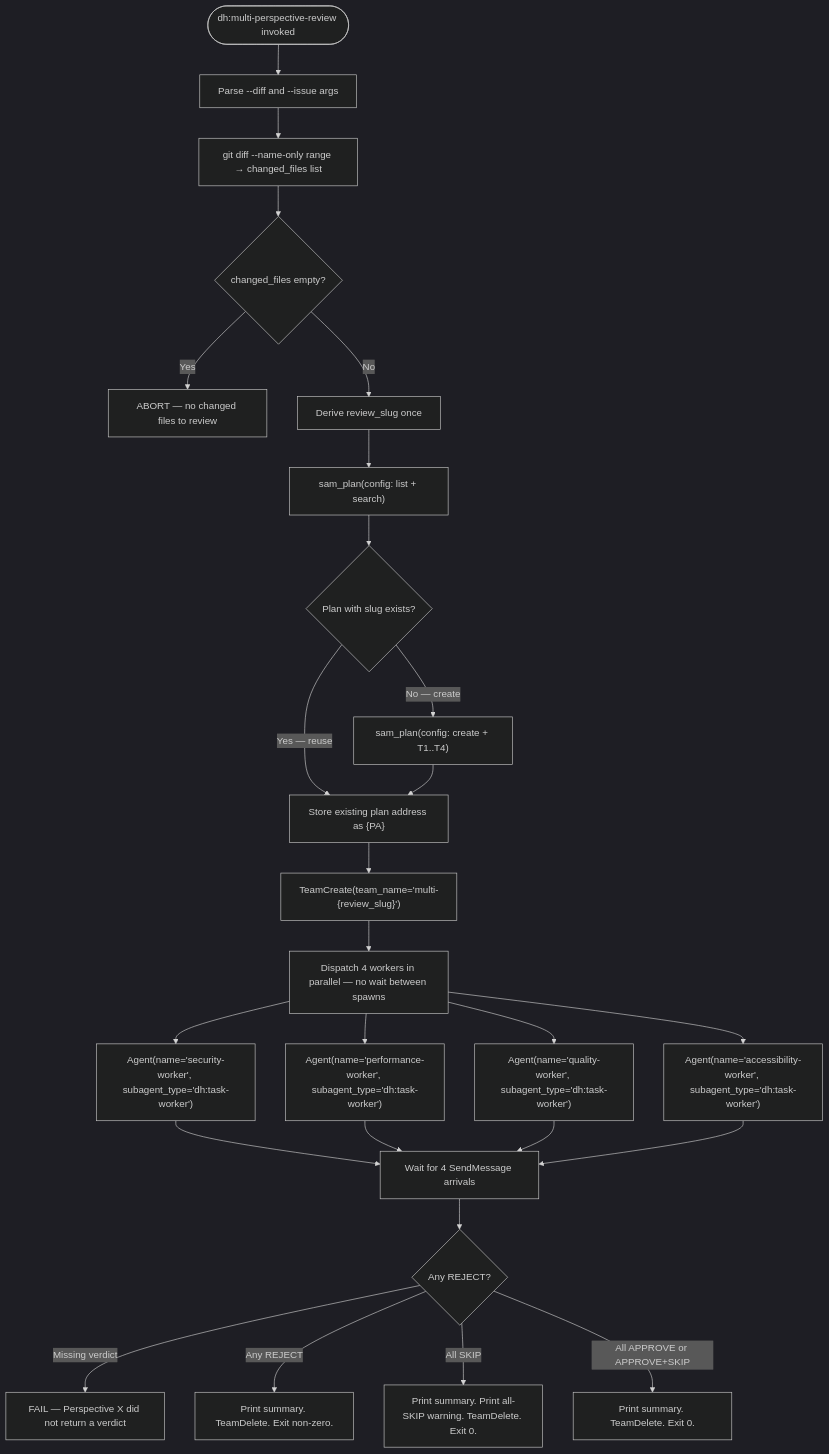
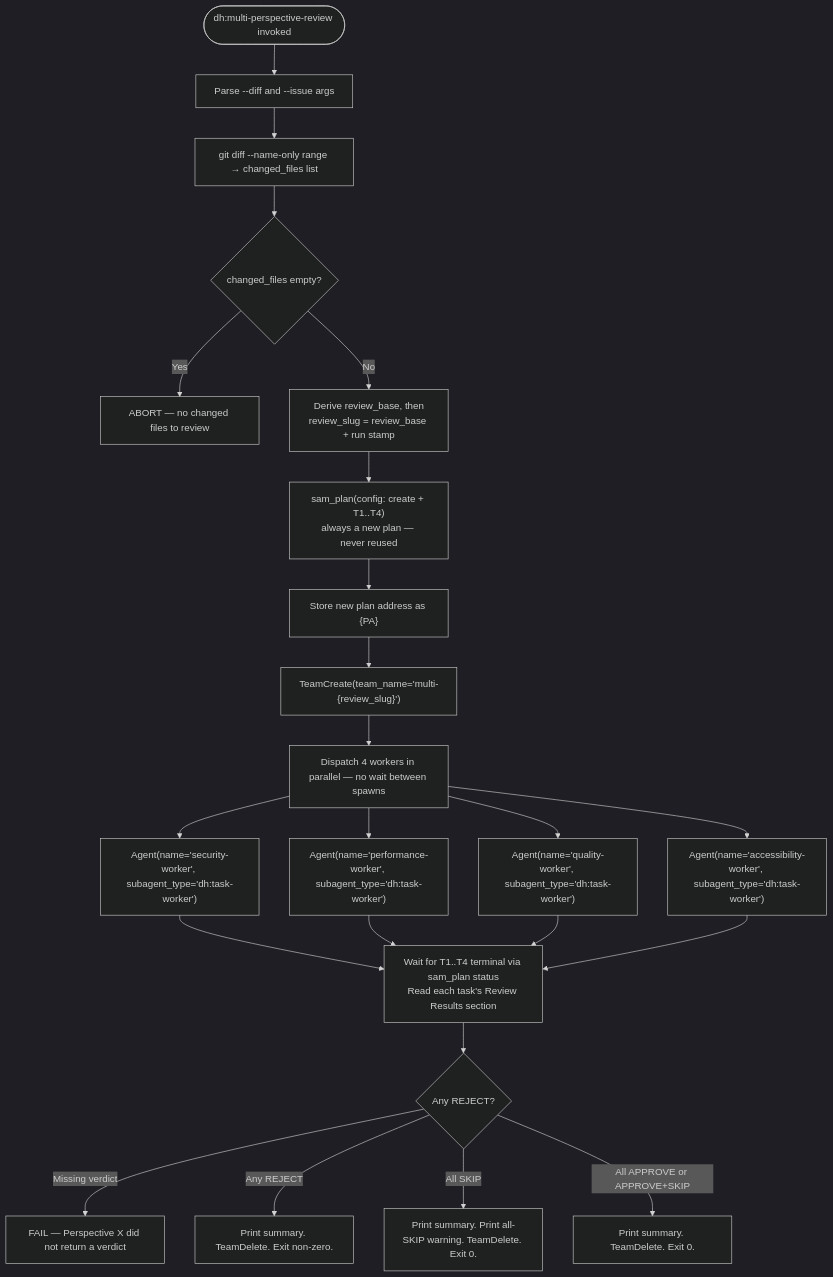
The diagram in plugins/development-harness/skills/multi-perspective-review/SKILL.md (Jamie-BitFlight/claude_skills), drawn with Mermaid (dark theme) before and after one commit. The commit also changed other lines of this file and 43 other files, not shown here.

First line of the commit message:
refactor(development-harness): route agent handoffs through the backend, not SendMessage (#3202)

````diff
--- a/plugins/development-harness/skills/multi-perspective-review/SKILL.md
+++ b/plugins/development-harness/skills/multi-perspective-review/SKILL.md
@@ -312,28 +332,25 @@
 ```mermaid
 flowchart TD
     Start([dh:multi-perspective-review invoked]) --> Parse[Parse --diff and --issue args]
     Parse --> Files["git diff --name-only range → changed_files list"]
     Files --> Empty{changed_files empty?}
     Empty -->|Yes| Abort[ABORT — no changed files to review]
-    Empty -->|No| Slug[Derive review_slug once]
-    Slug --> CheckPlan["sam_plan(config: list + search)"]
-    CheckPlan --> PlanExists{Plan with slug exists?}
-    PlanExists -->|Yes — reuse| PlanAddr["Store existing plan address as {PA}"]
-    PlanExists -->|No — create| CreatePlan["sam_plan(config: create + T1..T4)"]
-    CreatePlan --> PlanAddr
+    Empty -->|No| Slug["Derive review_base, then<br>review_slug = review_base + run stamp"]
+    Slug --> CreatePlan["sam_plan(config: create + T1..T4)<br>always a new plan — never reused"]
+    CreatePlan --> PlanAddr["Store new plan address as {PA}"]
     PlanAddr --> Team["TeamCreate(team_name='multi-{review_slug}')"]
     Team --> Parallel[Dispatch 4 workers in parallel — no wait between spawns]
     Parallel --> W1["Agent(name='security-worker', subagent_type='dh:task-worker')"]
     Parallel --> W2["Agent(name='performance-worker', subagent_type='dh:task-worker')"]
     Parallel --> W3["Agent(name='quality-worker', subagent_type='dh:task-worker')"]
     Parallel --> W4["Agent(name='accessibility-worker', subagent_type='dh:task-worker')"]
-    W1 --> Collect[Wait for 4 SendMessage arrivals]
+    W1 --> Collect["Wait for T1..T4 terminal via sam_plan status<br>Read each task's Review Results section"]
     W2 --> Collect
     W3 --> Collect
     W4 --> Collect
     Collect --> Gate{Any REJECT?}
     Gate -->|Missing verdict| Fail[FAIL — Perspective X did not return a verdict]
     Gate -->|Any REJECT| Fail2[Print summary. TeamDelete. Exit non-zero.]
     Gate -->|All SKIP| Warn[Print summary. Print all-SKIP warning. TeamDelete. Exit 0.]
     Gate -->|All APPROVE or APPROVE+SKIP| Pass[Print summary. TeamDelete. Exit 0.]
 ```
````
